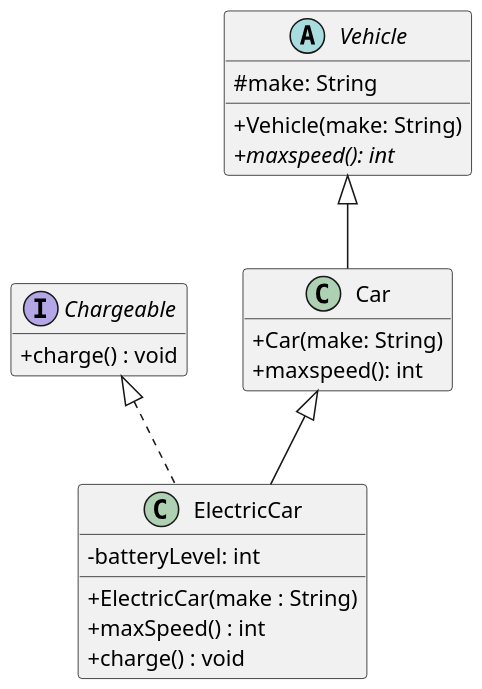
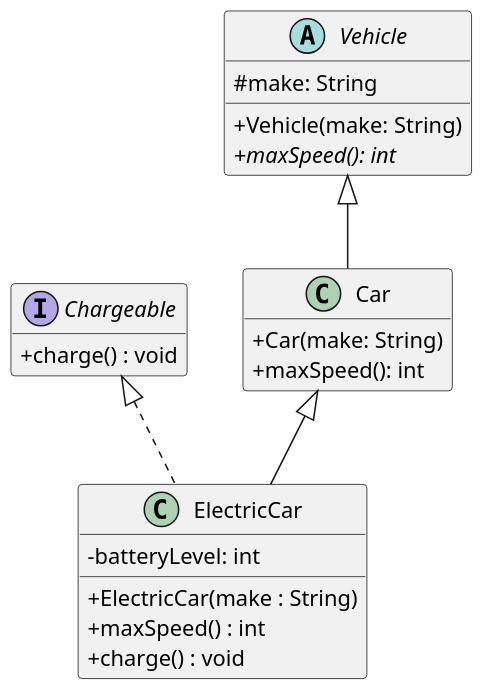
One commit to Savannah278/207-course-notes changed the diagram in plantuml/exercises/vehicles-uml-starter.puml. Above: the diagram before and after it, drawn with PlantUML. The commit also changed 3 other files, not shown here.

Commit message:
Add ex04 07 09 and uml modifications

```diff
--- a/plantuml/exercises/vehicles-uml-starter.puml
+++ b/plantuml/exercises/vehicles-uml-starter.puml
@@ -1,48 +1,48 @@
 @startuml
 skinparam dpi 150
 skinparam classAttributeIconSize 0
 hide empty members
 
 ' Your task (Chapter 3, Question 2): draw the UML class diagram for the
 ' Vehicle / Car / ElectricCar / Chargeable code.
 '
 ' Define each type as a box, then connect them with the right arrows. One box
 ' (Chargeable) is filled in as an example — complete the other three and add the
 ' relationships.
 '
 ' PlantUML cheat-sheet:
 '   interface Name { + method() : Type }
 '   abstract class Name { # field : Type }
 '   class Name { - field : Type }
 '   Parent    <|-- Child    ' generalization: Child extends Parent
 '   Interface <|.. Class    ' realization:    Class implements Interface
 ' (Putting the parent/interface on the LEFT of the arrow keeps it on top.)
 
 interface Chargeable {
   + charge() : void
 }
 abstract class Vehicle{
   # make: String
   + Vehicle(make: String)
-  {abstract} + maxspeed(): int
+  {abstract} + maxSpeed(): int
 }
 class Car {
   + Car(make: String)
-  + maxspeed(): int
+  + maxSpeed(): int
 }
 class ElectricCar {
   - batteryLevel: int
   + ElectricCar(make : String)
   + maxSpeed() : int
   + charge() : void
 }
 Vehicle <|-- Car
 Car <|-- ElectricCar
 Chargeable <|.. ElectricCar
 
 
 ' TODO: add "abstract class Vehicle", "class Car", and "class ElectricCar"
 '       (with their fields and methods), then add the arrows between all four
 '       types.
 
 @enduml
```
